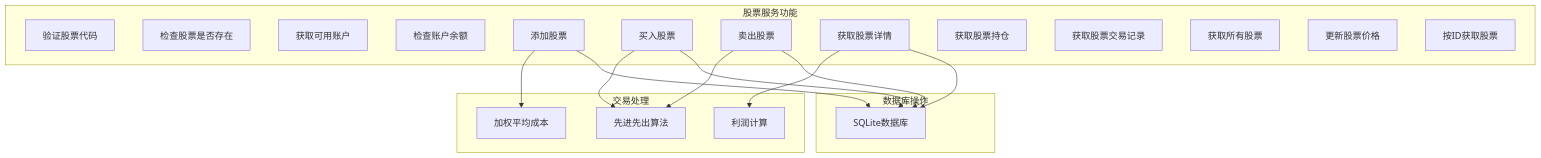
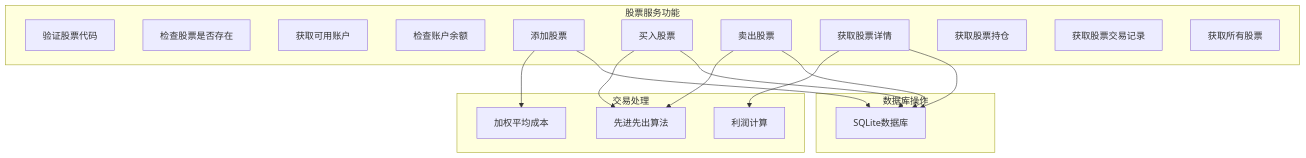
Diagram 11 of 17 in .qoder/repowiki/zh/content/资产管理/资产总览.md (xiao-lin-unit/yuan), drawn with Mermaid before and after one commit. The commit also changed other lines of this file and 14 other files, not shown here.

````diff
--- a/.qoder/repowiki/zh/content/资产管理/资产总览.md
+++ b/.qoder/repowiki/zh/content/资产管理/资产总览.md
@@ -504,34 +471,32 @@
 ```mermaid
 graph TB
 subgraph "股票服务功能"
 ValidateStockCode[验证股票代码]
 CheckStockExists[检查股票是否存在]
 GetAvailableAccounts[获取可用账户]
 CheckAccountBalance[检查账户余额]
 AddStock[添加股票]
 BuyStock[买入股票]
 SellStock[卖出股票]
 GetStockDetail[获取股票详情]
 GetStockHoldings[获取股票持仓]
 GetStockTransactions[获取股票交易记录]
 GetAllStocks[获取所有股票]
-UpdateStockPrice[更新股票价格]
-GetStockById[按ID获取股票]
 end
 subgraph "交易处理"
 FIFO[先进先出算法]
 WeightedAvg[加权平均成本]
 ProfitCalc[利润计算]
 end
 subgraph "数据库操作"
 DB[SQLite数据库]
 end
 BuyStock --> FIFO
 SellStock --> FIFO
 AddStock --> WeightedAvg
 GetStockDetail --> ProfitCalc
 AddStock --> DB
 BuyStock --> DB
 SellStock --> DB
 GetStockDetail --> DB
 ```
````
